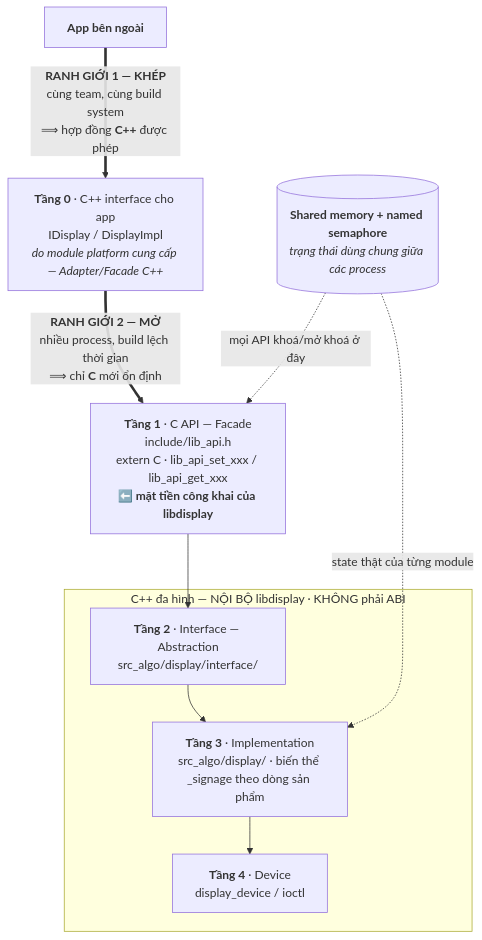
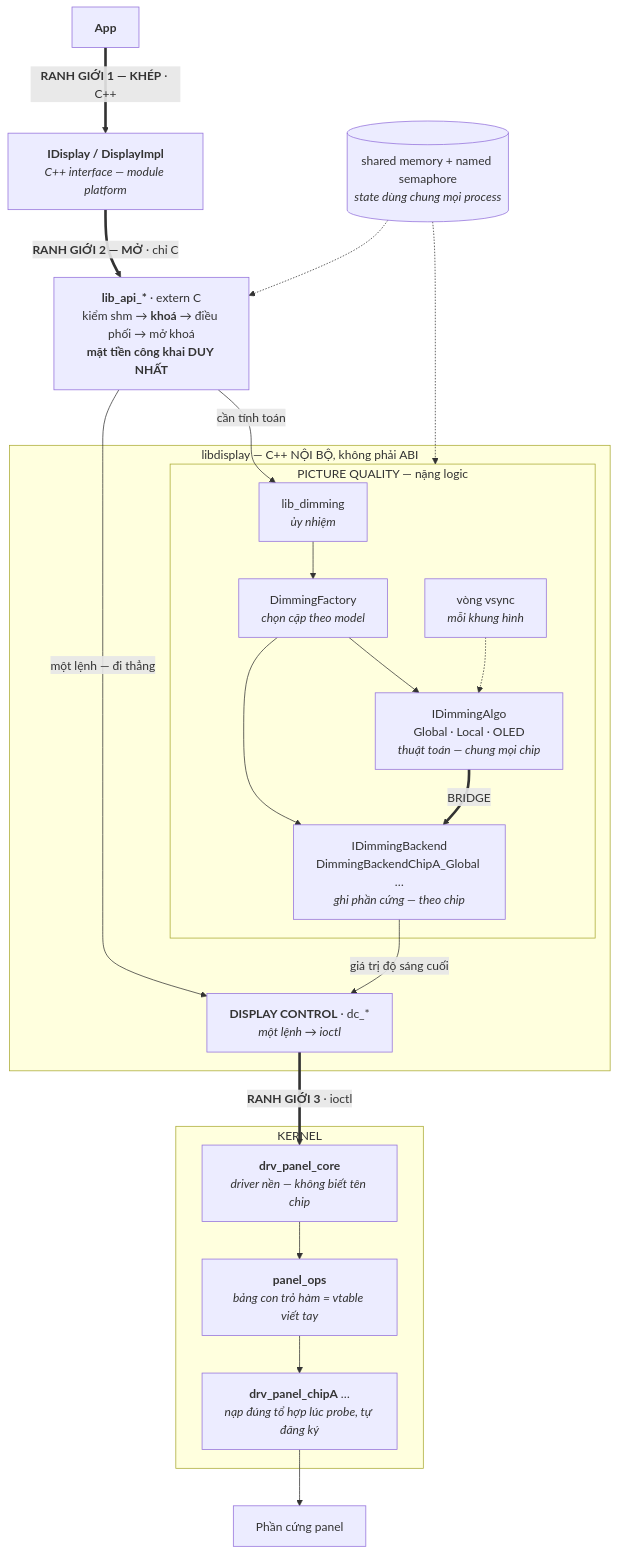
The first of 5 diagrams in 11-design-patterns/in-practice/A1-baseline-libdisplay.md (gia0901/Embedded-Knowledge), drawn with Mermaid before and after one commit. The commit also changed other lines of this file and 9 other files, not shown here.

````diff
--- a/11-design-patterns/in-practice/A1-baseline-libdisplay.md
+++ b/11-design-patterns/in-practice/A1-baseline-libdisplay.md
@@ -31,22 +38,42 @@
 ```mermaid
 flowchart TD
-    APP["<b>App bên ngoài</b>"]
-    T0["<b>Tầng 0</b> · C++ interface cho app<br/>IDisplay / DisplayImpl<br/><i>do module platform cung cấp — Adapter/Facade C++</i>"]
-    T1["<b>Tầng 1</b> · C API — Facade<br/>include/lib_api.h<br/>extern C · lib_api_set_xxx / lib_api_get_xxx<br/><b>⬅️ mặt tiền công khai của libdisplay</b>"]
+    APP["<b>App</b>"]
+    T0["<b>IDisplay / DisplayImpl</b><br/><i>C++ interface — module platform</i>"]
+    API["<b>lib_api_*</b> · extern C<br/>kiểm shm → <b>khoá</b> → điều phối → mở khoá<br/><b>mặt tiền công khai DUY NHẤT</b>"]
 
-    subgraph NOIBO["C++ đa hình — NỘI BỘ libdisplay · KHÔNG phải ABI"]
-        T2["<b>Tầng 2</b> · Interface — Abstraction<br/>src_algo/display/interface/"]
-        T3["<b>Tầng 3</b> · Implementation<br/>src_algo/display/ · biến thể _signage theo dòng sản phẩm"]
-        T4["<b>Tầng 4</b> · Device<br/>display_device / ioctl"]
-        T2 --> T3 --> T4
+    subgraph LIB["libdisplay — C++ NỘI BỘ, không phải ABI"]
+        subgraph PQ["PICTURE QUALITY — nặng logic"]
+            DIM["lib_dimming<br/><i>ủy nhiệm</i>"]
+            FAC["DimmingFactory<br/><i>chọn cặp theo model</i>"]
+            ALG["IDimmingAlgo<br/>Global · Local · OLED<br/><i>thuật toán — chung mọi chip</i>"]
+            BE["IDimmingBackend<br/>DimmingBackendChipA_Global …<br/><i>ghi phần cứng — theo chip</i>"]
+            VS["vòng vsync<br/><i>mỗi khung hình</i>"]
+            DIM --> FAC
+            FAC --> ALG
+            FAC --> BE
+            ALG ==>|"BRIDGE"| BE
+            VS -.-> ALG
+        end
+        DC["<b>DISPLAY CONTROL</b> · dc_*<br/><i>một lệnh → ioctl</i>"]
     end
 
-    SHM[("<b>Shared memory + named semaphore</b><br/><i>trạng thái dùng chung giữa các process</i>")]
+    subgraph KER["KERNEL"]
+        CORE["<b>drv_panel_core</b><br/><i>driver nền — không biết tên chip</i>"]
+        OPS["<b>panel_ops</b><br/><i>bảng con trỏ hàm = vtable viết tay</i>"]
+        CHIP["<b>drv_panel_chipA</b> …<br/><i>nạp đúng tổ hợp lúc probe, tự đăng ký</i>"]
+        CORE --> OPS --> CHIP
+    end
 
-    APP ==>|"<b>RANH GIỚI 1 — KHÉP</b><br/>cùng team, cùng build system<br/>⟹ hợp đồng <b>C++</b> được phép"| T0
-    T0 ==>|"<b>RANH GIỚI 2 — MỞ</b><br/>nhiều process, build lệch thời gian<br/>⟹ chỉ <b>C</b> mới ổn định"| T1
-    T1 --> T2
+    HW["Phần cứng panel"]
+    SHM[("shared memory + named semaphore<br/><i>state dùng chung mọi process</i>")]
 
-    SHM -.->|"mọi API khoá/mở khoá ở đây"| T1
-    SHM -.->|"state thật của từng module"| T3
+    APP ==>|"<b>RANH GIỚI 1 — KHÉP</b> · C++"| T0
+    T0 ==>|"<b>RANH GIỚI 2 — MỞ</b> · chỉ C"| API
+    API -->|"cần tính toán"| DIM
+    API -->|"một lệnh — đi thẳng"| DC
+    BE -->|"giá trị độ sáng cuối"| DC
+    DC ==>|"<b>RANH GIỚI 3</b> · ioctl"| CORE
+    CHIP --> HW
+    SHM -.-> API
+    SHM -.-> PQ
 ```
````
